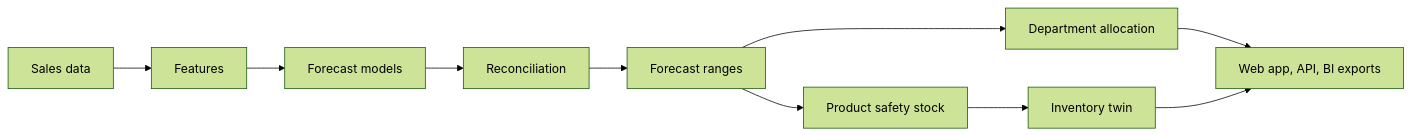
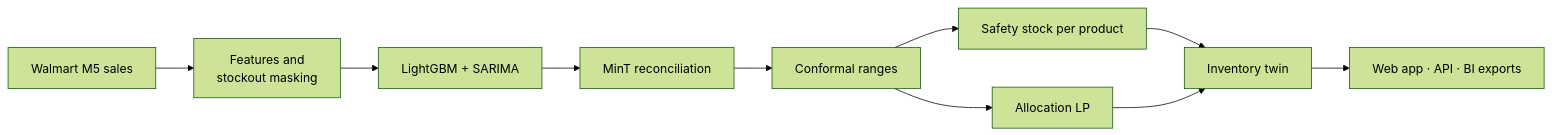
Before and after one commit to advaithvemurisai/demand-forecast-platform: the diagram in README.md, drawn with Mermaid (forest theme). The commit also changed other lines of this file and 2 other files, not shown here.

````diff
--- a/README.md
+++ b/README.md
@@ -70,12 +44,12 @@
 ```mermaid
 flowchart LR
-    D[Sales data] --> F[Features]
-    F --> M[Forecast models]
-    M --> R[Reconciliation]
-    R --> P[Forecast ranges]
-    P --> S[Product safety stock]
-    P --> A[Department allocation]
+    D[Walmart M5 sales] --> F[Features and<br/>stockout masking]
+    F --> M[LightGBM + SARIMA]
+    M --> R[MinT reconciliation]
+    R --> P[Conformal ranges]
+    P --> S[Safety stock per product]
+    P --> A[Allocation LP]
     S --> T[Inventory twin]
-    A --> O[Web app, API, BI exports]
-    T --> O
+    A --> T
+    T --> O[Web app · API · BI exports]
 ```
````
